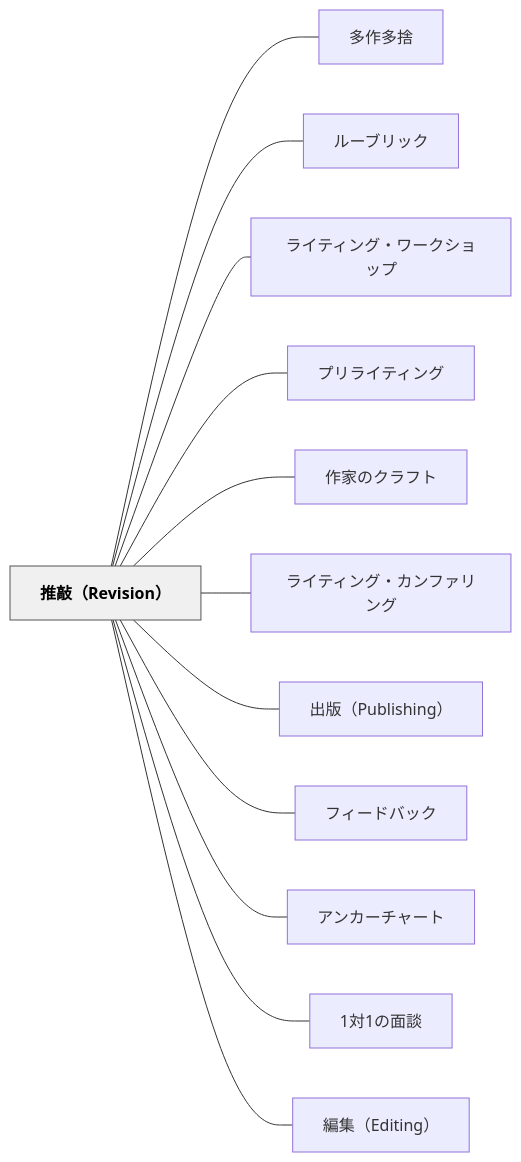
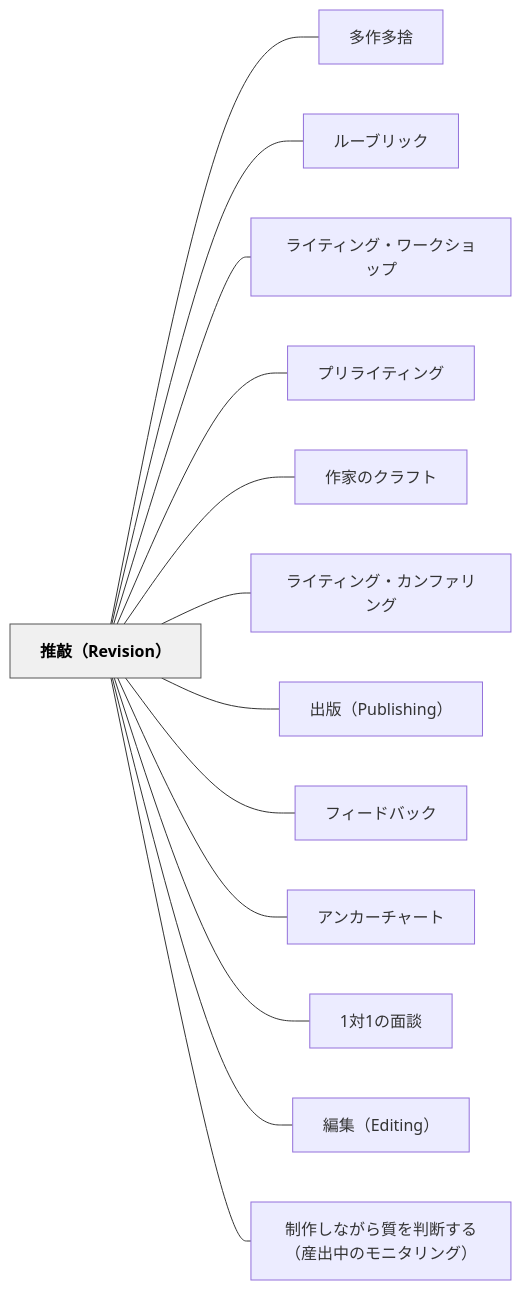
Before and after one commit to unknownthings-ed-patterns/unknownthings-ed-patterns: the diagram in content/パタン/推敲（Revision）.md, drawn with Mermaid. The commit also changed other lines of this file and 42 other files, not shown here.

````diff
--- a/content/パタン/推敲（Revision）.md
+++ b/content/パタン/推敲（Revision）.md
@@ -234,30 +235,32 @@
 ```mermaid
 flowchart LR
     ne68ea8e695b2efbc885265766973696f6eefbc89["推敲（Revision）"]
     ne5a49ae4bd9ce5a49ae68da8["多作多捨"]
     ne383abe383bce38396e383aae38383e382af["ルーブリック"]
     ne383a9e382a4e38386e382a3e383b3e382b0e383bbe383afe383bce382afe382b7e383a7e38383e38397["ライティング・ワークショップ"]
     ne38397e383aae383a9e382a4e38386e382a3e383b3e382b0["プリライティング"]
     ne4bd9ce5aeb6e381aee382afe383a9e38395e38388["作家のクラフト"]
     ne383a9e382a4e38386e382a3e383b3e382b0e383bbe382abe383b3e38395e382a1e383aae383b3e382b0["ライティング・カンファリング"]
     ne587bae78988efbc885075626c697368696e67efbc89["出版（Publishing）"]
     ne38395e382a3e383bce38389e38390e38383e382af["フィードバック"]
     ne382a2e383b3e382abe383bce38381e383a3e383bce38388["アンカーチャート"]
     n31e5afbe31e381aee99da2e8ab87["1対1の面談"]
     ne7b7a8e99b86efbc8845646974696e67efbc89["編集（Editing）"]
+    ne588b6e4bd9ce38197e381aae3818ce38289e8b3aae38292e588a4e696ade38199e3828befbc88e794a3e587bae4b8ade381aee383a2e3838be382bfe383aae383b3e382b0efbc89["制作しながら質を判断する（産出中のモニタリング）"]
 
     ne68ea8e695b2efbc885265766973696f6eefbc89 --- ne5a49ae4bd9ce5a49ae68da8
     ne68ea8e695b2efbc885265766973696f6eefbc89 --- ne383abe383bce38396e383aae38383e382af
     ne68ea8e695b2efbc885265766973696f6eefbc89 --- ne383a9e382a4e38386e382a3e383b3e382b0e383bbe383afe383bce382afe382b7e383a7e38383e38397
     ne68ea8e695b2efbc885265766973696f6eefbc89 --- ne38397e383aae383a9e382a4e38386e382a3e383b3e382b0
     ne68ea8e695b2efbc885265766973696f6eefbc89 --- ne4bd9ce5aeb6e381aee382afe383a9e38395e38388
     ne68ea8e695b2efbc885265766973696f6eefbc89 --- ne383a9e382a4e38386e382a3e383b3e382b0e383bbe382abe383b3e38395e382a1e383aae383b3e382b0
     ne68ea8e695b2efbc885265766973696f6eefbc89 --- ne587bae78988efbc885075626c697368696e67efbc89
     ne68ea8e695b2efbc885265766973696f6eefbc89 --- ne38395e382a3e383bce38389e38390e38383e382af
     ne68ea8e695b2efbc885265766973696f6eefbc89 --- ne382a2e383b3e382abe383bce38381e383a3e383bce38388
     ne68ea8e695b2efbc885265766973696f6eefbc89 --- n31e5afbe31e381aee99da2e8ab87
     ne68ea8e695b2efbc885265766973696f6eefbc89 --- ne7b7a8e99b86efbc8845646974696e67efbc89
+    ne68ea8e695b2efbc885265766973696f6eefbc89 --- ne588b6e4bd9ce38197e381aae3818ce38289e8b3aae38292e588a4e696ade38199e3828befbc88e794a3e587bae4b8ade381aee383a2e3838be382bfe383aae383b3e382b0efbc89
 
     classDef hub fill:#f0f0f0,stroke:#555,color:#000,font-weight:bold
     class ne68ea8e695b2efbc885265766973696f6eefbc89 hub
 ```
````
